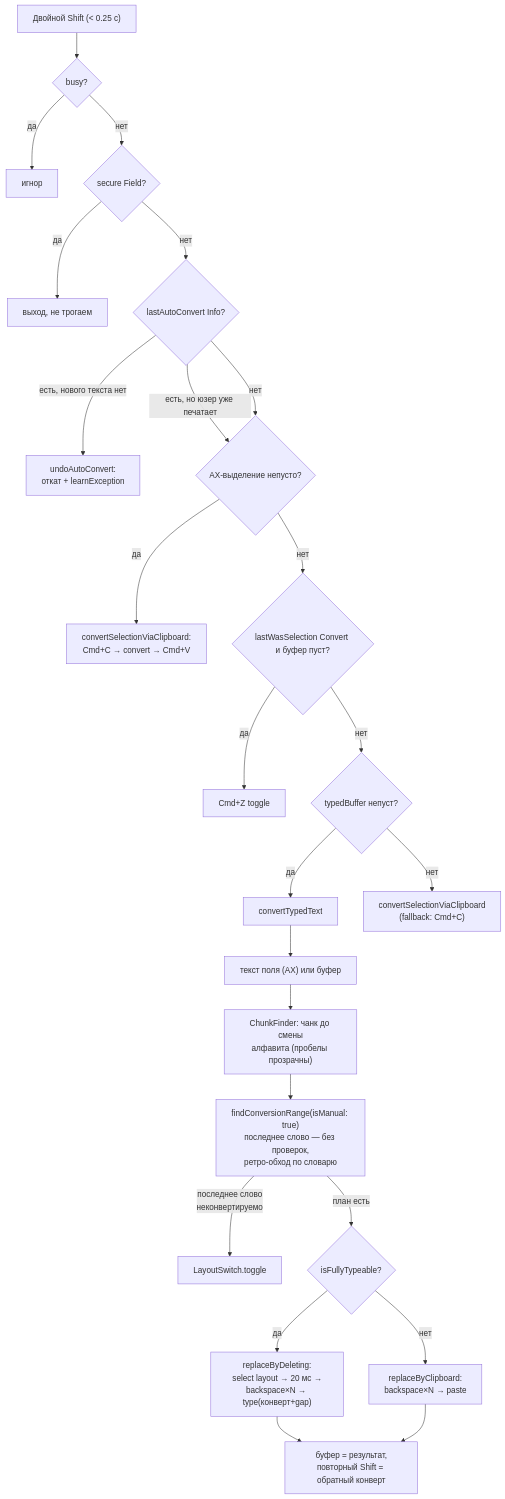
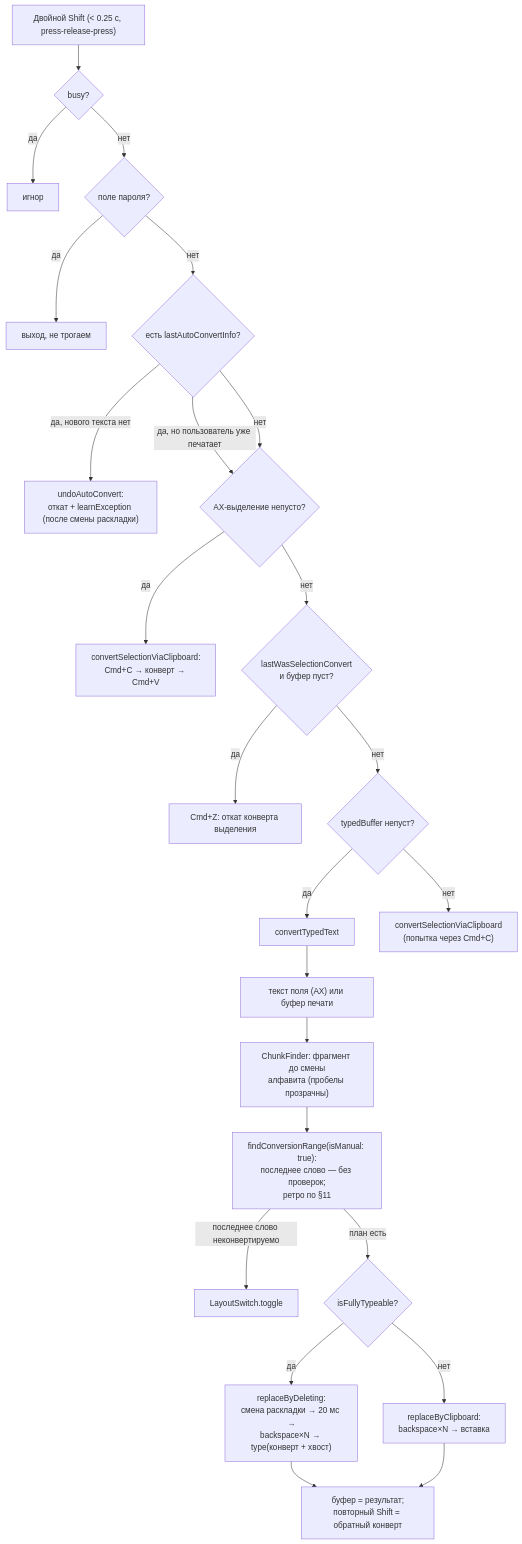
One commit to Wotaniel/Ali-switcher changed the first of 4 diagrams in BUSINESS-LOGIC.md. Above: the diagram before and after it, drawn with Mermaid. The commit also changed other lines of this file, not shown here.

````diff
--- a/BUSINESS-LOGIC.md
+++ b/BUSINESS-LOGIC.md
@@ -752,26 +932,26 @@
 ```mermaid
 flowchart TD
-    A["Двойной Shift (< 0.25 с)"] --> B{"busy?"}
+    A["Двойной Shift (< 0.25 с, press-release-press)"] --> B{"busy?"}
     B -- "да" --> Z1["игнор"]
-    B -- "нет" --> C{"secure Field?"}
+    B -- "нет" --> C{"поле пароля?"}
     C -- "да" --> Z2["выход, не трогаем"]
-    C -- "нет" --> D{"lastAutoConvert Info?"}
-    D -- "есть, нового текста нет" --> U["undoAutoConvert:<br/>откат + learnException"]
-    D -- "есть, но юзер уже печатает" --> E
+    C -- "нет" --> D{"есть lastAutoConvertInfo?"}
+    D -- "да, нового текста нет" --> U["undoAutoConvert:<br/>откат + learnException (после смены раскладки)"]
+    D -- "да, но пользователь уже печатает" --> E
     D -- "нет" --> E{"AX-выделение непусто?"}
-    E -- "да" --> S["convertSelectionViaClipboard:<br/>Cmd+C → convert → Cmd+V"]
-    E -- "нет" --> F{"lastWasSelection Convert и буфер пуст?"}
-    F -- "да" --> Z3["Cmd+Z toggle"]
+    E -- "да" --> S["convertSelectionViaClipboard:<br/>Cmd+C → конверт → Cmd+V"]
+    E -- "нет" --> F{"lastWasSelectionConvert<br/>и буфер пуст?"}
+    F -- "да" --> Z3["Cmd+Z: откат конверта выделения"]
     F -- "нет" --> G{"typedBuffer непуст?"}
     G -- "да" --> H["convertTypedText"]
-    G -- "нет" --> S2["convertSelectionViaClipboard<br/>(fallback: Cmd+C)"]
-    H --> I["текст поля (AX) или буфер"]
-    I --> J["ChunkFinder: чанк до смены<br/>алфавита (пробелы прозрачны)"]
-    J --> K["findConversionRange(isManual: true)<br/>последнее слово — без проверок,<br/>ретро-обход по словарю"]
-    K -- "последнее слово<br/>неконвертируемо" --> T["LayoutSwitch.toggle"]
+    G -- "нет" --> S2["convertSelectionViaClipboard<br/>(попытка через Cmd+C)"]
+    H --> I["текст поля (AX) или буфер печати"]
+    I --> J["ChunkFinder: фрагмент до смены<br/>алфавита (пробелы прозрачны)"]
+    J --> K["findConversionRange(isManual: true):<br/>последнее слово — без проверок;<br/>ретро по §11"]
+    K -- "последнее слово неконвертируемо" --> T["LayoutSwitch.toggle"]
     K -- "план есть" --> L{"isFullyTypeable?"}
-    L -- "да" --> M["replaceByDeleting:<br/>select layout → 20 мс →<br/>backspace×N → type(конверт+gap)"]
-    L -- "нет" --> N["replaceByClipboard:<br/>backspace×N → paste"]
-    M --> O["буфер = результат,<br/>повторный Shift = обратный конверт"]
+    L -- "да" --> M["replaceByDeleting:<br/>смена раскладки → 20 мс →<br/>backspace×N → type(конверт + хвост)"]
+    L -- "нет" --> N["replaceByClipboard:<br/>backspace×N → вставка"]
+    M --> O["буфер = результат;<br/>повторный Shift = обратный конверт"]
     N --> O
 ```
````
